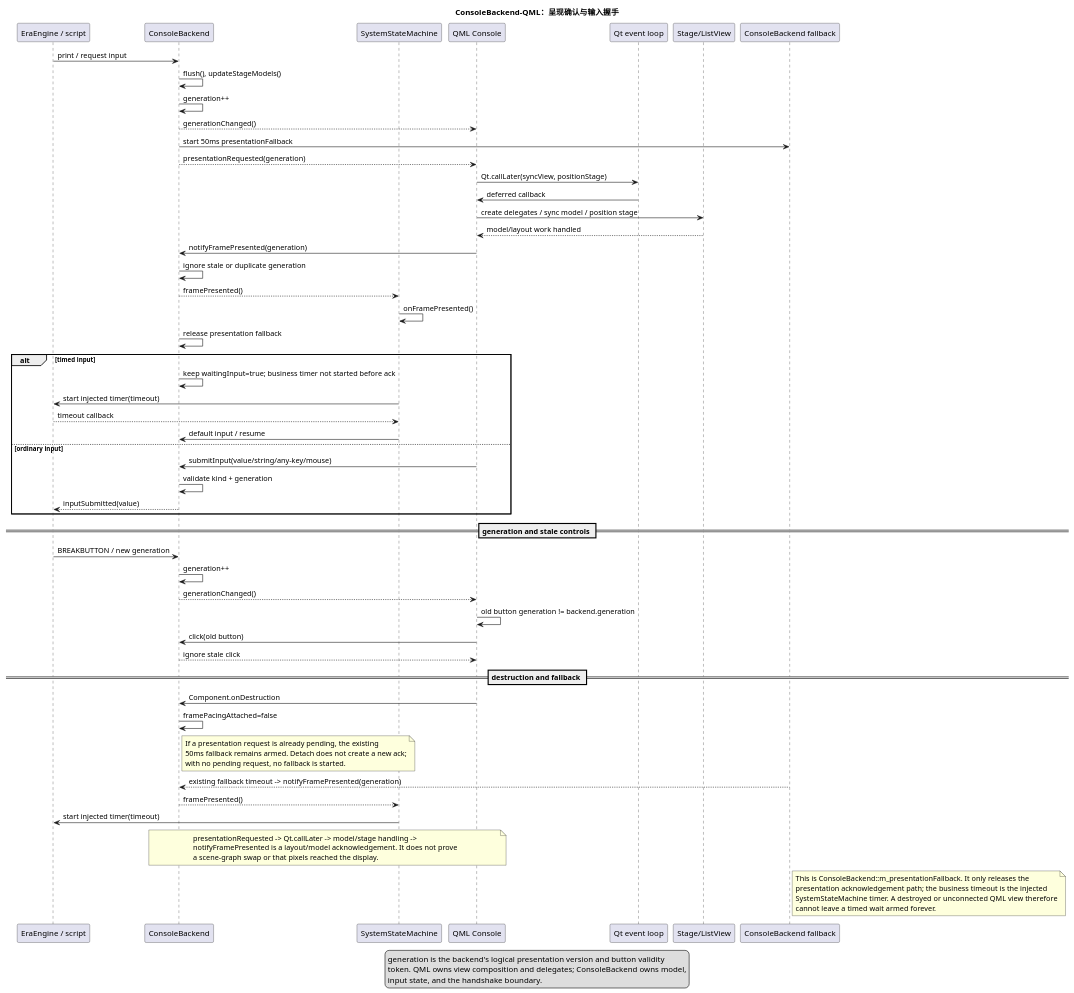
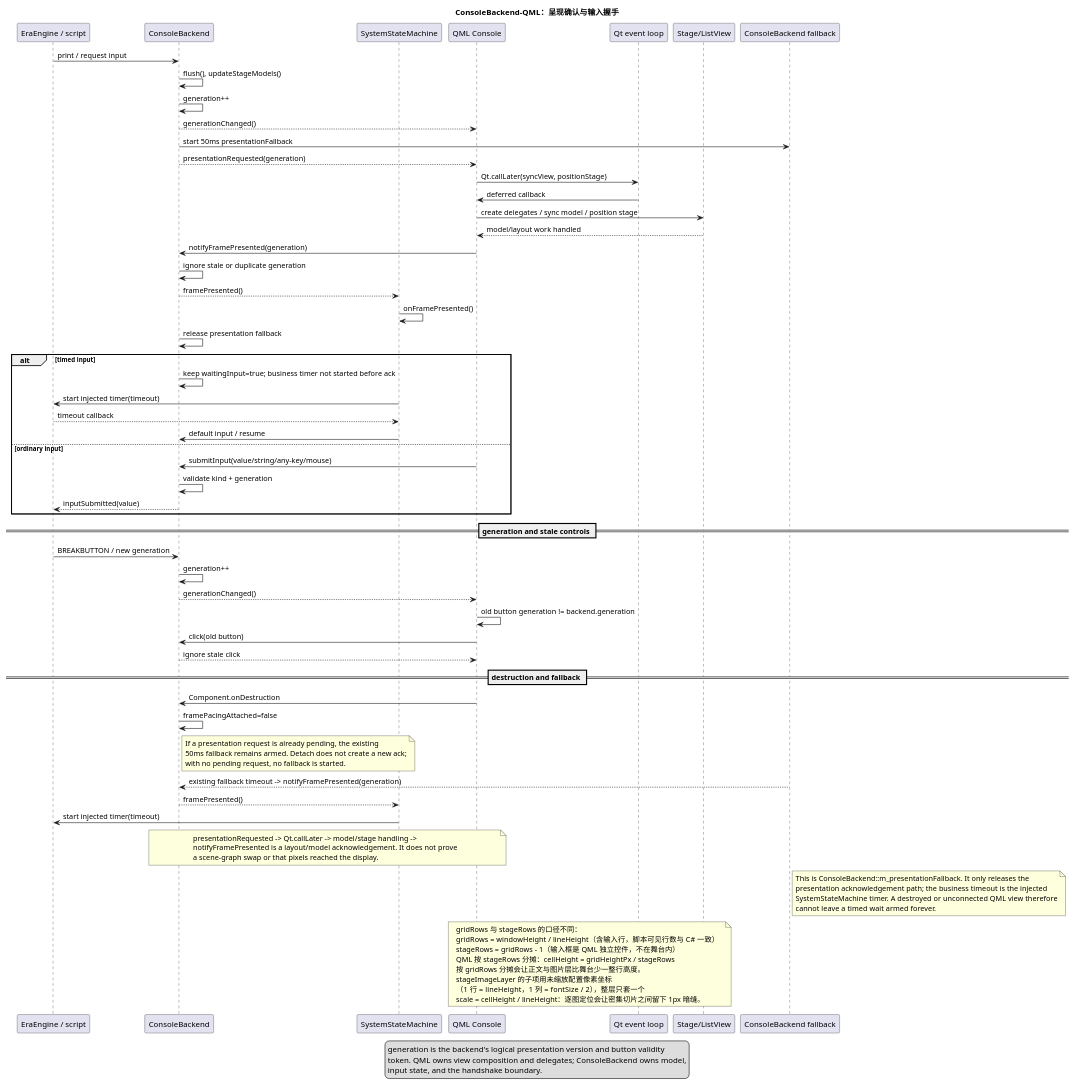
One commit to yigekuyou/qt-eraemu changed the diagram in docs/uml/15-console-qml-handshake.puml. Above: the diagram before and after it, drawn with PlantUML. The commit also changed 4 other files, not shown here.

Commit message:
修改图片层缩放和表述

```diff
--- a/docs/uml/15-console-qml-handshake.puml
+++ b/docs/uml/15-console-qml-handshake.puml
@@ -1,81 +1,93 @@
 @startuml 15-console-qml-handshake
 !pragma layout smetana
 ' ConsoleBackend 与 QML 的 presentation/input 握手。
 ' 来源：GameView/console_backend.h/.cpp, qml/Console.qml, qml/ConsoleBlock.qml
 
 title ConsoleBackend-QML：呈现确认与输入握手
 
 participant "EraEngine / script" as E
 participant "ConsoleBackend" as B
 participant "SystemStateMachine" as S
 participant "QML Console" as C
 participant "Qt event loop" as Qt
 participant "Stage/ListView" as V
 participant "ConsoleBackend fallback" as F
 
 E -> B : print / request input
 B -> B : flush(), updateStageModels()
 B -> B : generation++
 B --> C : generationChanged()
 B -> F : start 50ms presentationFallback
 B --> C : presentationRequested(generation)
 C -> Qt : Qt.callLater(syncView, positionStage)
 Qt -> C : deferred callback
 C -> V : create delegates / sync model / position stage
 V --> C : model/layout work handled
 C -> B : notifyFramePresented(generation)
 B -> B : ignore stale or duplicate generation
 B --> S : framePresented()
 S -> S : onFramePresented()
 B -> B : release presentation fallback
 
 alt timed input
   B -> B : keep waitingInput=true; business timer not started before ack
   S -> E : start injected timer(timeout)
   E --> S : timeout callback
   S -> B : default input / resume
 else ordinary input
   C -> B : submitInput(value/string/any-key/mouse)
   B -> B : validate kind + generation
   B --> E : inputSubmitted(value)
 end
 
 == generation and stale controls ==
 E -> B : BREAKBUTTON / new generation
 B -> B : generation++
 B --> C : generationChanged()
 C -> C : old button generation != backend.generation
 C -> B : click(old button)
 B --> C : ignore stale click
 
 == destruction and fallback ==
 C -> B : Component.onDestruction
 B -> B : framePacingAttached=false
 note right of B
   If a presentation request is already pending, the existing
   50ms fallback remains armed. Detach does not create a new ack;
   with no pending request, no fallback is started.
 end note
 F --> B : existing fallback timeout -> notifyFramePresented(generation)
 B --> S : framePresented()
 S -> E : start injected timer(timeout)
 
 note over B,C
   presentationRequested -> Qt.callLater -> model/stage handling ->
   notifyFramePresented is a layout/model acknowledgement. It does not prove
   a scene-graph swap or that pixels reached the display.
 end note
 
 note right of F
   This is ConsoleBackend::m_presentationFallback. It only releases the
   presentation acknowledgement path; the business timeout is the injected
   SystemStateMachine timer. A destroyed or unconnected QML view therefore
   cannot leave a timed wait armed forever.
 end note
 
+
+note over C,V
+  gridRows 与 stageRows 的口径不同：
+  gridRows  = windowHeight / lineHeight（含输入行，脚本可见行数与 C# 一致）
+  stageRows = gridRows - 1（输入框是 QML 独立控件，不在舞台内）
+  QML 按 stageRows 分摊：cellHeight = gridHeightPx / stageRows
+  按 gridRows 分摊会让正文与图片层比舞台少一整行高度。
+  stageImageLayer 的子项用未缩放配置像素坐标
+  （1 行 = lineHeight，1 列 = fontSize / 2），整层只套一个
+  scale = cellHeight / lineHeight：逐图定位会让密集切片之间留下 1px 暗缝。
+end note
+
 legend bottom
   generation is the backend's logical presentation version and button validity
   token. QML owns view composition and delegates; ConsoleBackend owns model,
   input state, and the handshake boundary.
 endlegend
 @enduml
```
